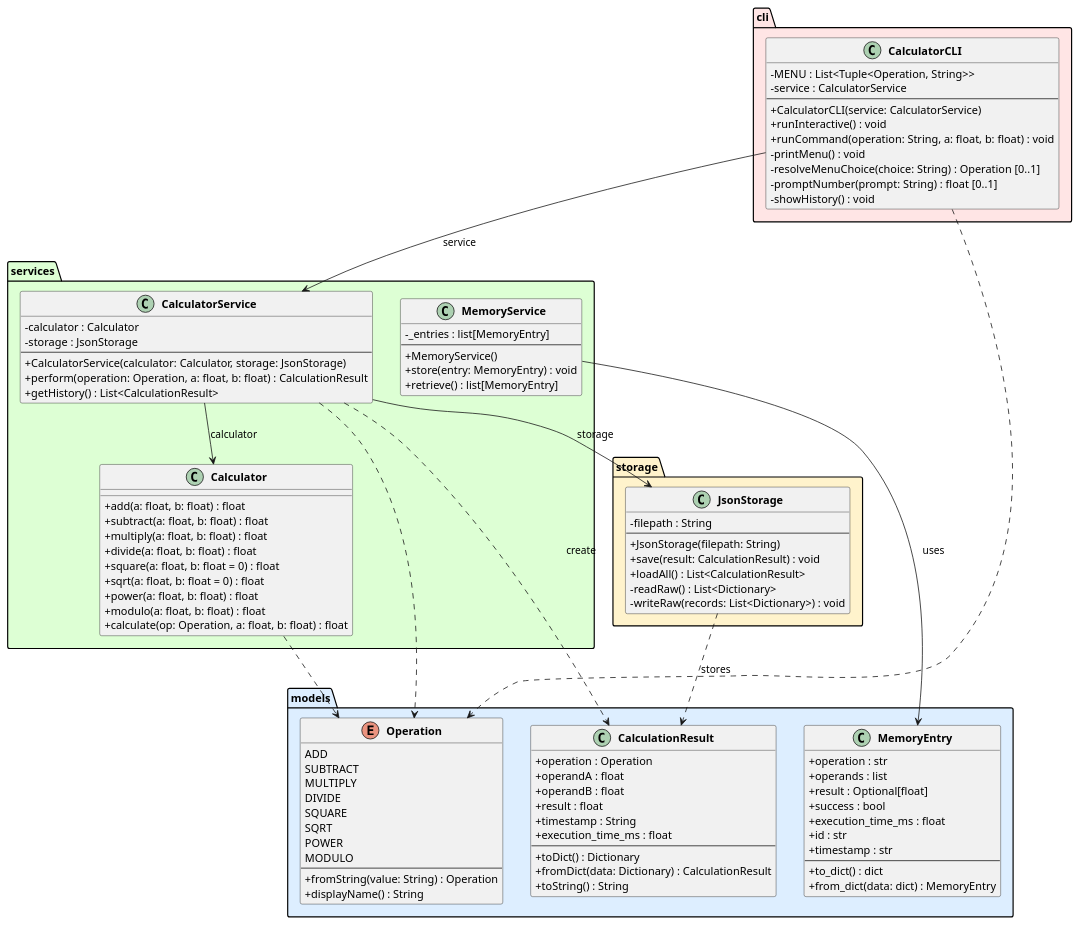
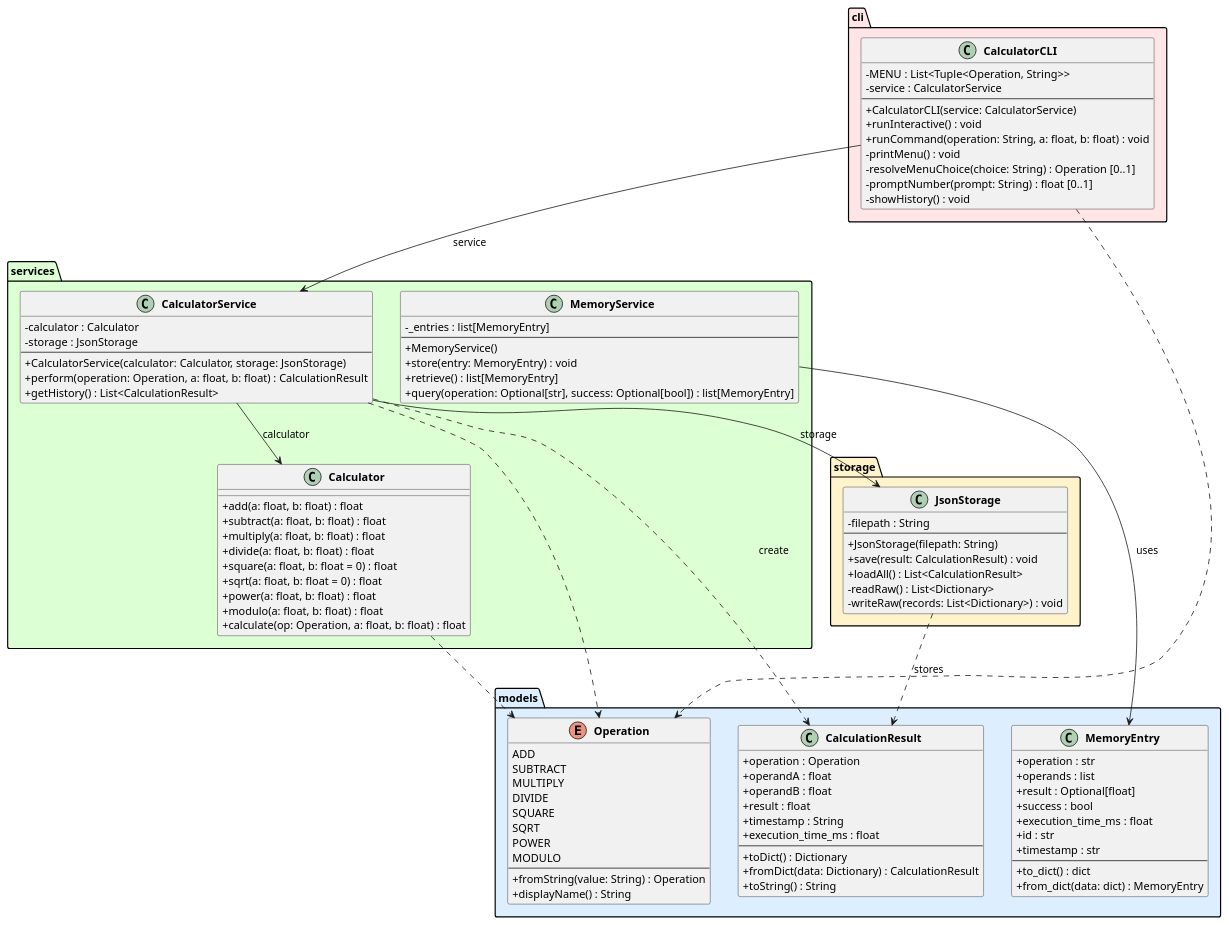
Before and after one commit to DanielRiha8906/Software_autoevolution_using_agents: the diagram in experiments/pipeline/test_driven/calculator/artifacts/class_diagram.puml, drawn with PlantUML. The commit also changed 5 other files, not shown here.

First line of the commit message:
task 05: implement query method for MemoryService

```diff
--- a/experiments/pipeline/test_driven/calculator/artifacts/class_diagram.puml
+++ b/experiments/pipeline/test_driven/calculator/artifacts/class_diagram.puml
@@ -1,118 +1,119 @@
 @startuml class_diagram
 
 skinparam classAttributeIconSize 0
 skinparam classFontStyle bold
 
 package "models" #DDEEFF {
     enum Operation {
         ADD
         SUBTRACT
         MULTIPLY
         DIVIDE
         SQUARE
         SQRT
         POWER
         MODULO
         --
         +fromString(value: String) : Operation
         +displayName() : String
     }
 
     class CalculationResult {
         +operation : Operation
         +operandA : float
         +operandB : float
         +result : float
         +timestamp : String
         +execution_time_ms : float
         --
         +toDict() : Dictionary
         +fromDict(data: Dictionary) : CalculationResult
         +toString() : String
     }
 
     class MemoryEntry {
         +operation : str
         +operands : list
         +result : Optional[float]
         +success : bool
         +execution_time_ms : float
         +id : str
         +timestamp : str
         --
         +to_dict() : dict
         +from_dict(data: dict) : MemoryEntry
     }
 }
 
 package "services" #DDFFD4 {
     class Calculator {
         +add(a: float, b: float) : float
         +subtract(a: float, b: float) : float
         +multiply(a: float, b: float) : float
         +divide(a: float, b: float) : float
         +square(a: float, b: float = 0) : float
         +sqrt(a: float, b: float = 0) : float
         +power(a: float, b: float) : float
         +modulo(a: float, b: float) : float
         +calculate(op: Operation, a: float, b: float) : float
     }
 
     class CalculatorService {
         -calculator : Calculator
         -storage : JsonStorage
         --
         +CalculatorService(calculator: Calculator, storage: JsonStorage)
         +perform(operation: Operation, a: float, b: float) : CalculationResult
         +getHistory() : List<CalculationResult>
     }
 
     class MemoryService {
         -_entries : list[MemoryEntry]
         --
         +MemoryService()
         +store(entry: MemoryEntry) : void
         +retrieve() : list[MemoryEntry]
+        +query(operation: Optional[str], success: Optional[bool]) : list[MemoryEntry]
     }
 }
 
 package "storage" #FFF3CC {
     class JsonStorage {
         -filepath : String
         --
         +JsonStorage(filepath: String)
         +save(result: CalculationResult) : void
         +loadAll() : List<CalculationResult>
         -readRaw() : List<Dictionary>
         -writeRaw(records: List<Dictionary>) : void
     }
 }
 
 package "cli" #FFE5E5 {
     class CalculatorCLI {
         -MENU : List<Tuple<Operation, String>>
         -service : CalculatorService
         --
         +CalculatorCLI(service: CalculatorService)
         +runInteractive() : void
         +runCommand(operation: String, a: float, b: float) : void
         -printMenu() : void
         -resolveMenuChoice(choice: String) : Operation [0..1]
         -promptNumber(prompt: String) : float [0..1]
         -showHistory() : void
     }
 }
 
 CalculatorCLI --> CalculatorService : service
 CalculatorService --> Calculator : calculator
 CalculatorService --> JsonStorage : storage
 
 CalculatorService ..> CalculationResult : create
 CalculatorService ..> Operation
 CalculatorCLI ..> Operation
 Calculator ..> Operation
 JsonStorage ..> CalculationResult : stores
 
 MemoryService --> MemoryEntry : uses
 
 @enduml
```
